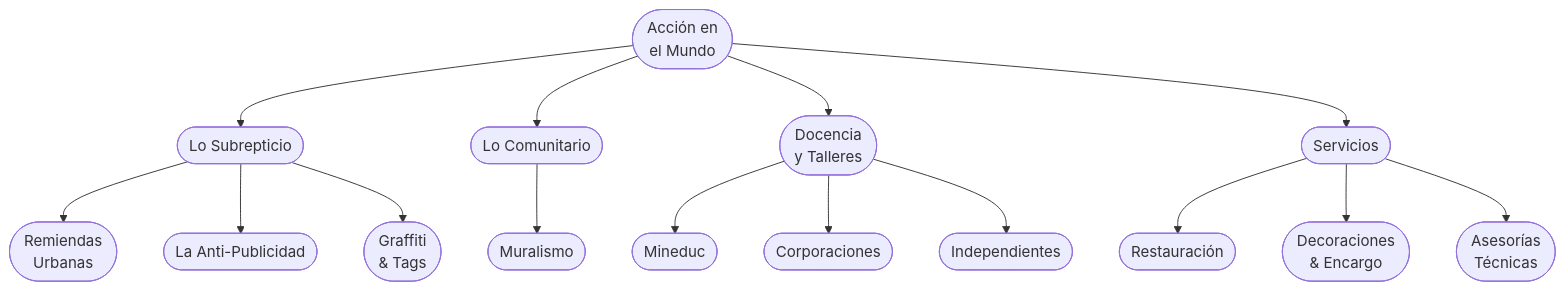
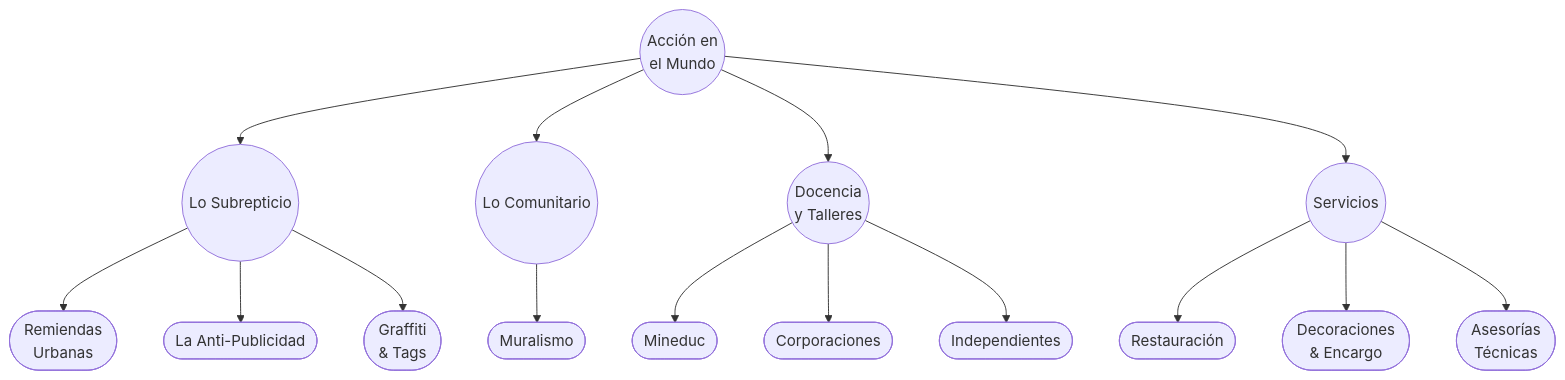
One commit to EGGS-Artesvisuales/EGGS-Artesvisuales.github.io changed the second of 3 diagrams in ES/diagrama.md. Above: the diagram before and after it, drawn with Mermaid. The commit also changed other lines of this file, not shown here.

```diff
--- a/ES/diagrama.md
+++ b/ES/diagrama.md
@@ -101,39 +101,39 @@
 <div class="mermaid">
 graph TD
-  B([Acción en\nel Mundo]) --> B1([Lo Subrepticio])
+  B((Acción en\nel Mundo)) --> B1((Lo Subrepticio))
   B1 --> B1a([Remiendas\nUrbanas])
   B1 --> B1b([La Anti-Publicidad])
   B1 --> B1c([Graffiti\n& Tags])
 
-  B --> B2([Lo Comunitario])
+  B --> B2((Lo Comunitario))
   B2 --> B2a([Muralismo])
 
-  B --> B3([Docencia\ny Talleres])
+  B --> B3((Docencia\ny Talleres))
   B3 --> B3a([Mineduc])
   B3 --> B3b([Corporaciones])
   B3 --> B3c([Independientes])
 
-  B --> B4([Servicios])
+  B --> B4((Servicios))
   B4 --> B4a([Restauración])
   B4 --> B4b([Decoraciones\n& Encargo])
   B4 --> B4c([Asesorías\nTécnicas])
 
   %% Enlaces (existentes)
   click B "accion.html" "Ir a Acción en el Mundo"
   click B1 "subrepticio.html" "Ir a Lo Subrepticio"
   click B1a "subrep-remiendas-urbanas.html" "Ir a Remiendas Urbanas"
   click B1b "subrep-antipublicidad.html" "Ir a La Anti-Publicidad"
   click B2 "comunitario.html" "Ir a Lo Comunitario"
   click B3 "docencia.html" "Ir a Docencia y Talleres"
   click B4 "servicios.html" "Ir a Servicios"
 
   %% Enlaces (no existentes aún -> en construcción)
   click B1c "en-construccion.html" "En construcción"
   click B2a "en-construccion.html" "En construcción"
   click B3a "en-construccion.html" "En construcción"
   click B3b "en-construccion.html" "En construcción"
   click B3c "en-construccion.html" "En construcción"
   click B4a "en-construccion.html" "En construcción"
   click B4b "en-construccion.html" "En construcción"
   click B4c "en-construccion.html" "En construcción"
 </div>
```
